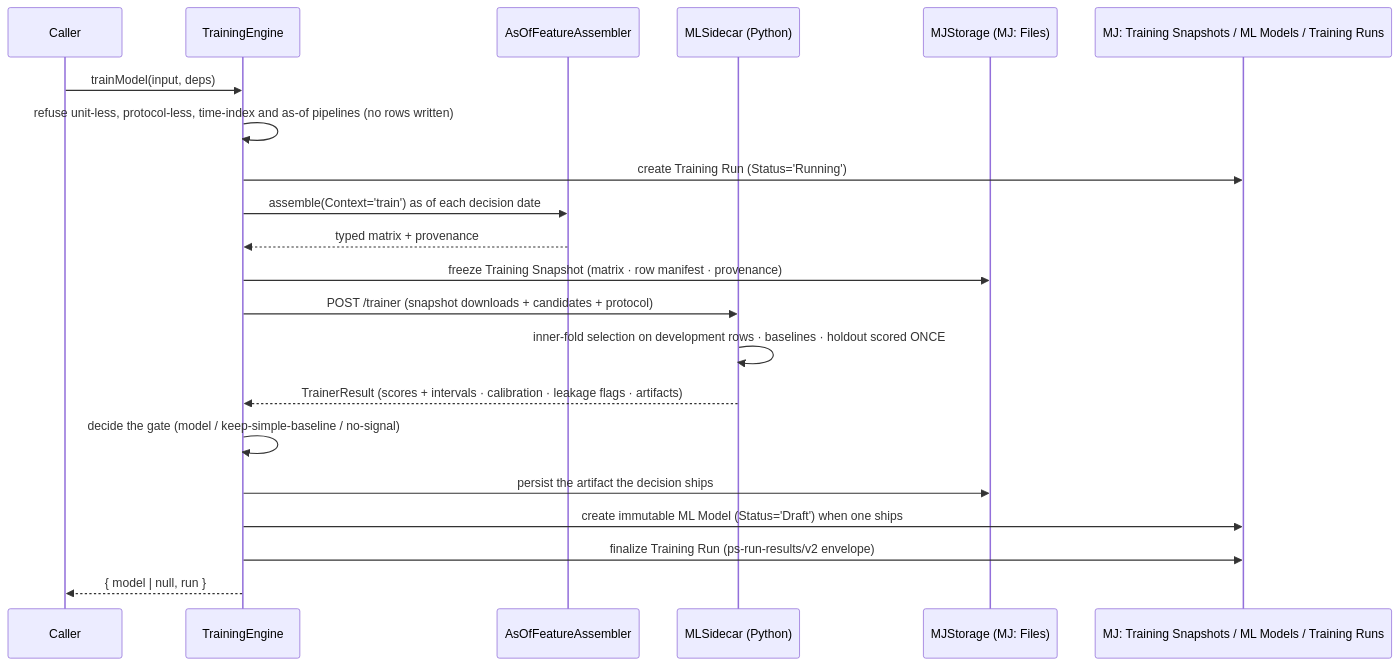
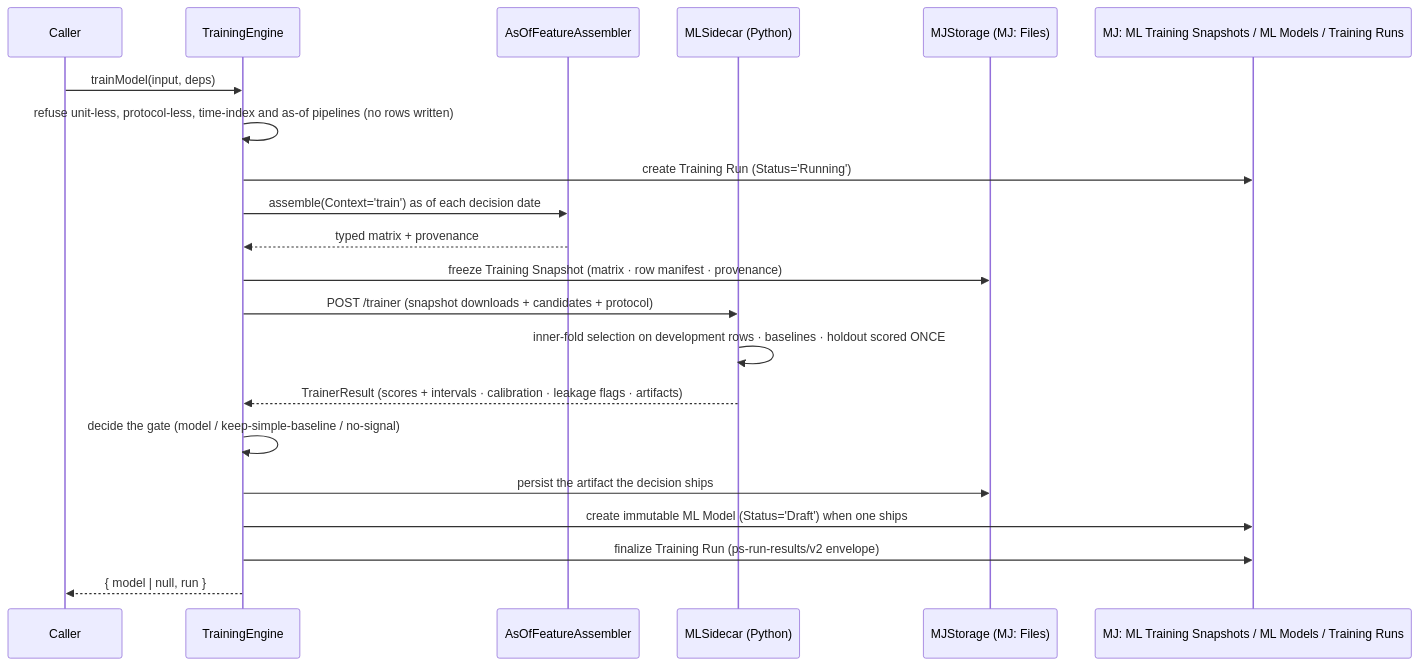
One commit to MemberJunction/MJ changed the fifth of 15 diagrams in guides/PREDICTIVE_STUDIO_GUIDE.md. Above: the diagram before and after it, drawn with Mermaid. The commit also changed other lines of this file and 89 other files, not shown here.

First line of the commit message:
refactor(ps): name the PR 3 entities ML Prediction Units, ML Evaluation Protocols and ML Training Snapshots

````diff
--- a/guides/PREDICTIVE_STUDIO_GUIDE.md
+++ b/guides/PREDICTIVE_STUDIO_GUIDE.md
@@ -352,23 +352,23 @@
 ```mermaid
 sequenceDiagram
     participant C as Caller
     participant TE as TrainingEngine
     participant FA as AsOfFeatureAssembler
     participant SC as MLSidecar (Python)
     participant ST as MJStorage (MJ: Files)
-    participant DB as MJ: Training Snapshots / ML Models / Training Runs
+    participant DB as MJ: ML Training Snapshots / ML Models / Training Runs
     C->>TE: trainModel(input, deps)
     TE->>TE: refuse unit-less, protocol-less, time-index and as-of pipelines (no rows written)
     TE->>DB: create Training Run (Status='Running')
     TE->>FA: assemble(Context='train') as of each decision date
     FA-->>TE: typed matrix + provenance
     TE->>ST: freeze Training Snapshot (matrix · row manifest · provenance)
     TE->>SC: POST /trainer (snapshot downloads + candidates + protocol)
     SC->>SC: inner-fold selection on development rows · baselines · holdout scored ONCE
     SC-->>TE: TrainerResult (scores + intervals · calibration · leakage flags · artifacts)
     TE->>TE: decide the gate (model / keep-simple-baseline / no-signal)
     TE->>ST: persist the artifact the decision ships
     TE->>DB: create immutable ML Model (Status='Draft') when one ships
     TE->>DB: finalize Training Run (ps-run-results/v2 envelope)
     TE-->>C: { model | null, run }
 ```
````
